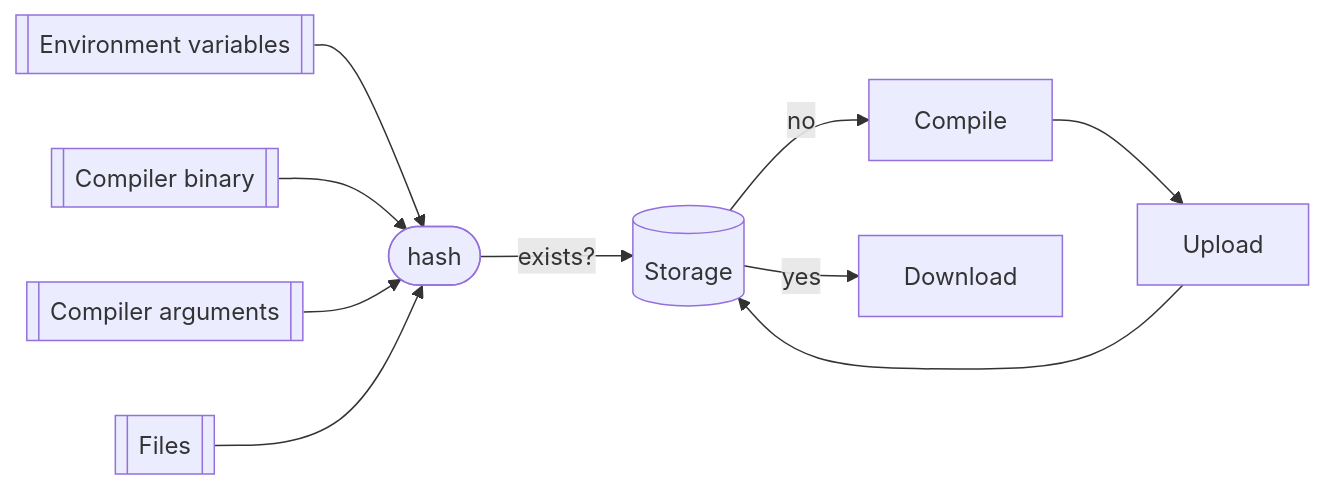
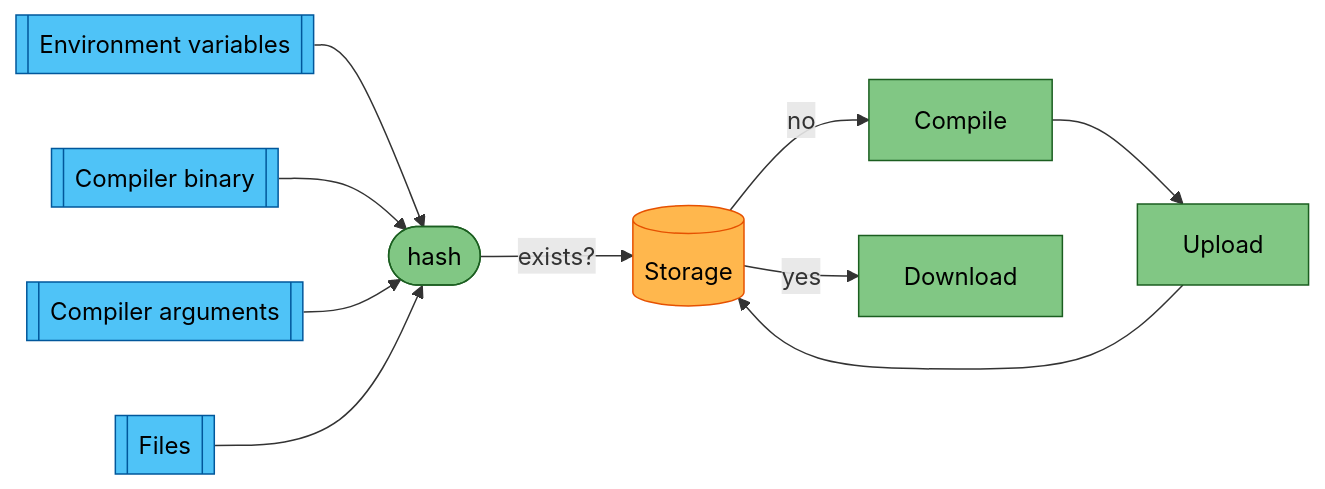
One commit to mozilla/sccache changed the first of 3 diagrams in docs/Architecture.md. Above: the diagram before and after it, drawn with Mermaid. The commit also changed other lines of this file, not shown here.

Commit message:
doc: document client-side and direct modes in Architecture.md

````diff
--- a/docs/Architecture.md
+++ b/docs/Architecture.md
@@ -6,12 +7,19 @@
 ```mermaid
   flowchart LR
       id1[[Environment variables]] --> hash
       id2[[Compiler binary]] --> hash
       id3[[Compiler arguments]] --> hash
       id5[[Files]] --> |  | hash
       Compile --> Upload
       Storage[(Storage)] --> | yes | Download
       hash([hash]) --> | exists? | Storage
       Storage --> | no | Compile
       Upload --> Storage
+
+      classDef input fill:#4fc3f7,stroke:#01579b,color:#000
+      classDef store fill:#ffb74d,stroke:#e65100,color:#000
+      classDef action fill:#81c784,stroke:#1b5e20,color:#000
+      class id1,id2,id3,id5 input
+      class Storage store
+      class hash,Compile,Upload,Download action
 ```
````
